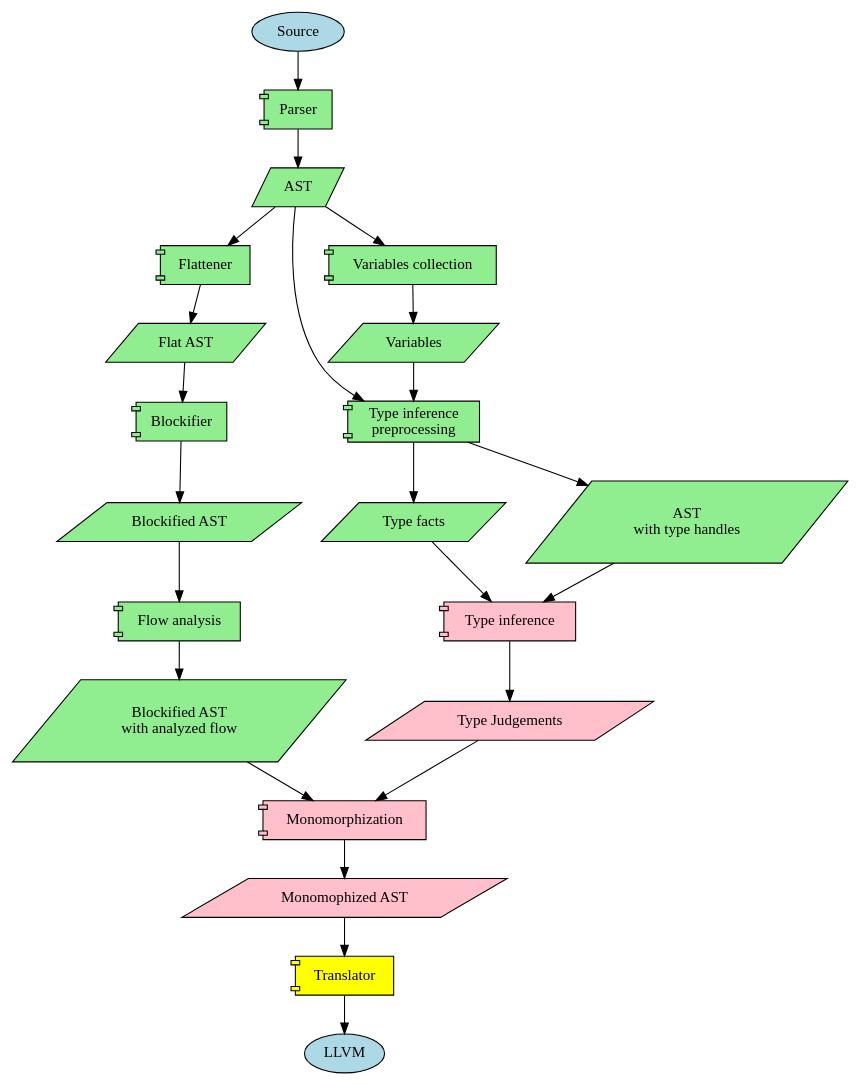
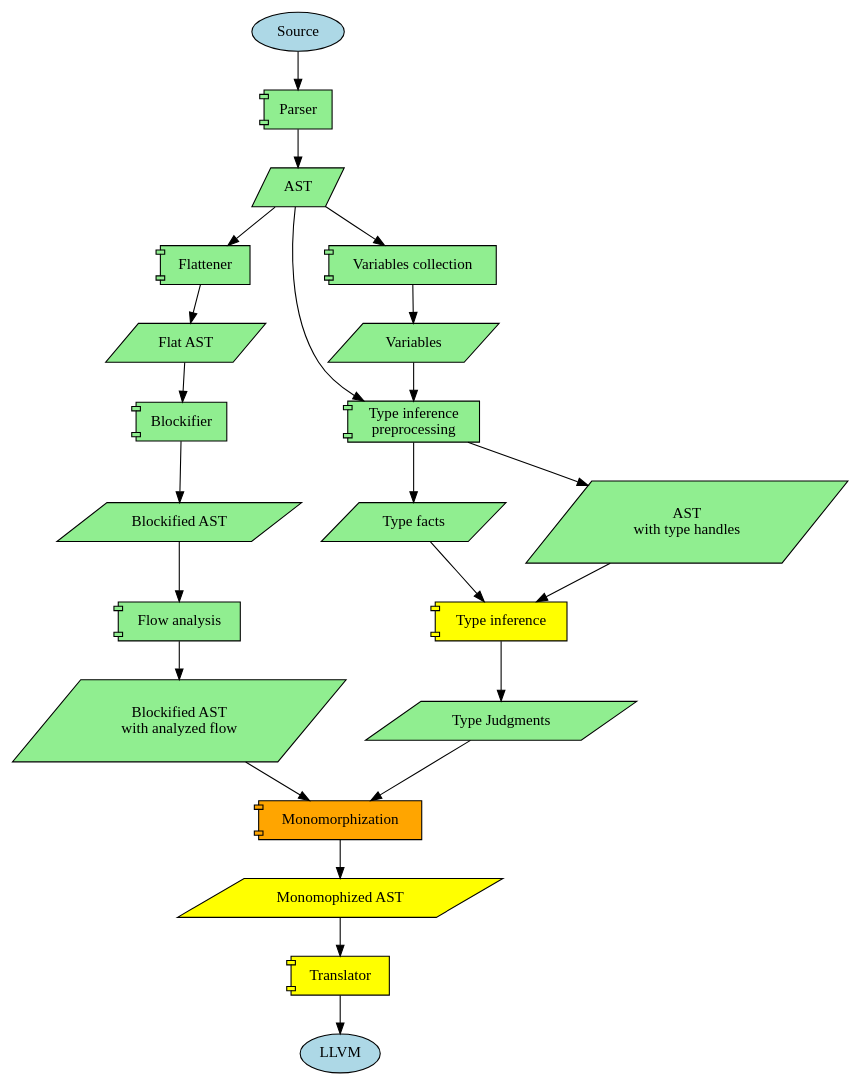
One commit to jiriklepl/masters-thesis-code changed the diagram in doc/diagram.dot. Above: the diagram before and after it, drawn with Graphviz.

Commit message:
updated diagran

```diff
--- a/doc/diagram.dot
+++ b/doc/diagram.dot
@@ -1,51 +1,51 @@
 digraph {
     node [style="filled"]
 
     subgraph ends {
         node [shape="ellipse"]
 
         Source [fillcolor="lightblue"]
         LLVM [fillcolor="lightblue"]
     }
 
     subgraph data {
         node [shape="parallelogram"]
 
         AST [fillcolor="lightgreen"]
         Facts [label="Type facts", fillcolor="lightgreen"]
         Variables [label="Variables", fillcolor="lightgreen"]
         ASTTypeHandles [label="AST\nwith type handles", fillcolor="lightgreen"]
-        Judgements [label="Type Judgements", fillcolor="pink"]
+        Judgments [label="Type Judgments", fillcolor="lightgreen"]
         FlatAST [label="Flat AST", fillcolor="lightgreen"]
         BlockifiedAST [label="Blockified AST", fillcolor="lightgreen"]
         BlockifiedASTAnnots [label="Blockified AST\nwith analyzed flow", fillcolor="lightgreen"]
-        MonoAST [label="Monomophized AST", fillcolor="pink"]
+        MonoAST [label="Monomophized AST", fillcolor="yellow"]
     }
 
     subgraph components {
         node [shape="component"]
 
         Parser [fillcolor="lightgreen"]
         Flattener [fillcolor="lightgreen"]
         InferPre [label="Type inference\npreprocessing", fillcolor="lightgreen"]
         VariableMining [label="Variables collection", fillcolor="lightgreen"]
-        Infer [label="Type inference", fillcolor="pink"]
+        Infer [label="Type inference", fillcolor="yellow"]
         Blockifier [fillcolor="lightgreen"]
         FlowAnalysis [label="Flow analysis", fillcolor="lightgreen"]
-        Monomorphization [fillcolor="pink"]
+        Monomorphization [fillcolor="orange"]
         Translator [fillcolor="yellow"]
     }
 
     subgraph decisions {
         node [shape="diamond"]
     }
 
     Source -> Parser -> AST
     AST -> Flattener -> FlatAST
     AST -> VariableMining -> Variables -> InferPre
-    AST -> InferPre -> { Facts ASTTypeHandles } -> Infer -> Judgements -> Monomorphization
+    AST -> InferPre -> { Facts ASTTypeHandles } -> Infer -> Judgments -> Monomorphization
     FlatAST -> Blockifier -> BlockifiedAST
     BlockifiedAST -> FlowAnalysis -> BlockifiedASTAnnots
     BlockifiedASTAnnots -> Monomorphization -> MonoAST
     MonoAST -> Translator -> LLVM
 }
```
